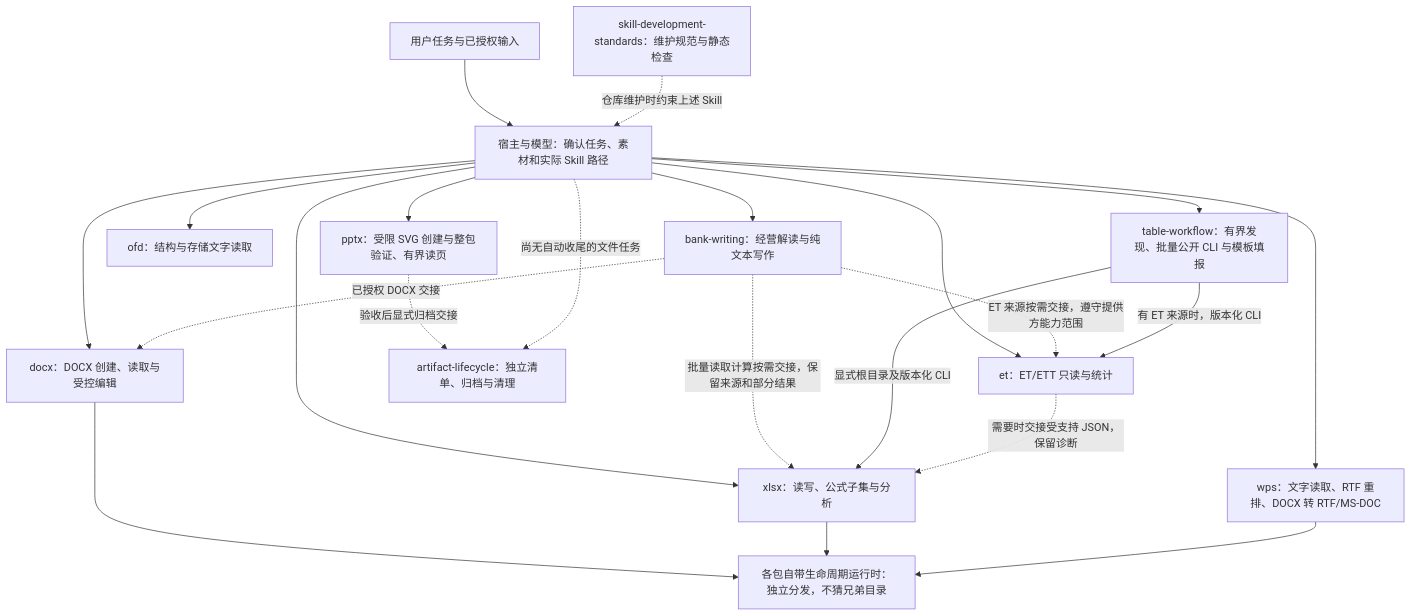
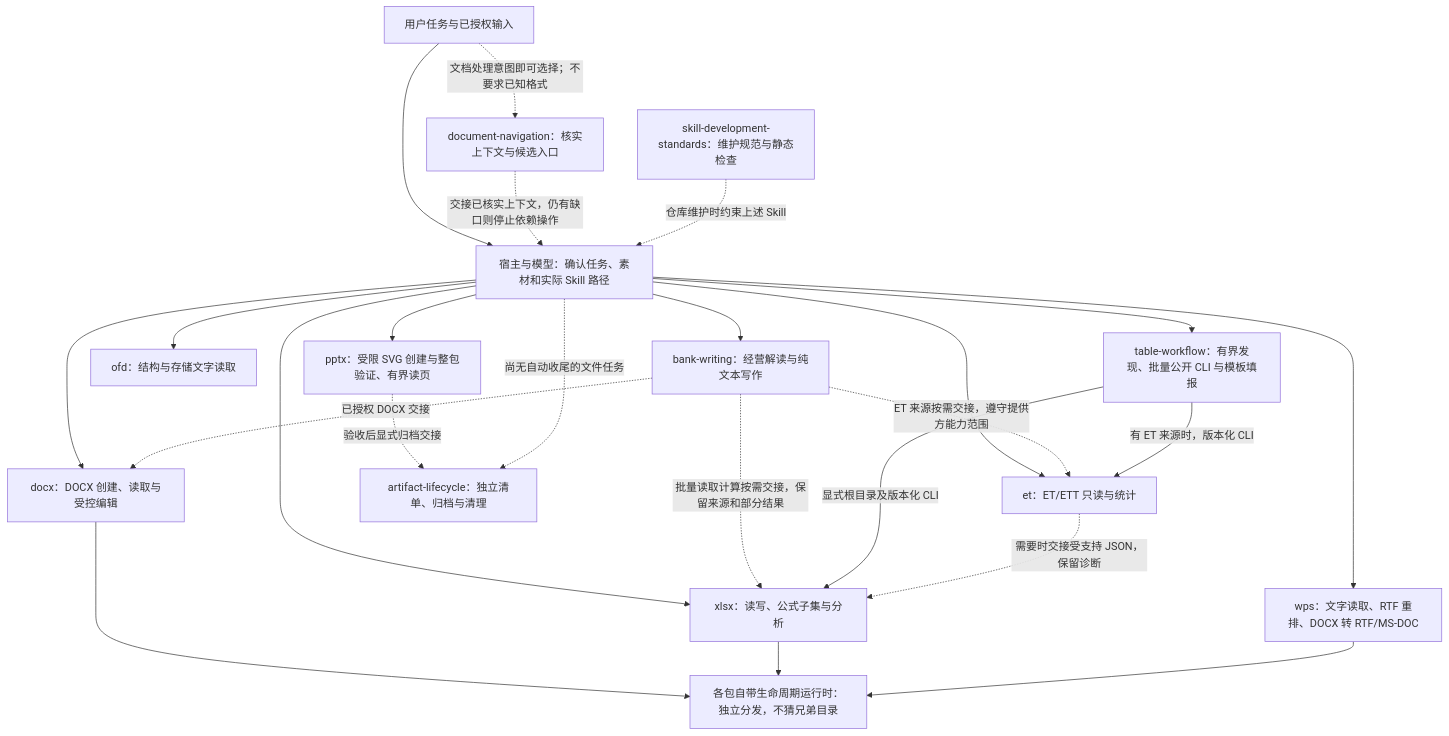
Before and after one commit to JohnParken/PSL-SKILLS: the first of 2 diagrams in docs/README.md, drawn with Mermaid. The commit also changed other lines of this file and 20 other files, not shown here.

First line of the commit message:
feat(skills): add document navigation and refresh integration evidence

````diff
--- a/docs/README.md
+++ b/docs/README.md
@@ -36,24 +41,26 @@
 ```mermaid
 flowchart TB
     U["用户任务与已授权输入"] --> H["宿主与模型：确认任务、素材和实际 Skill 路径"]
+    U -.->|"文档处理意图即可选择；不要求已知格式"| N["document-navigation：核实上下文与候选入口"]
+    N -.->|"交接已核实上下文，仍有缺口则停止依赖操作"| H
     H --> B["bank-writing：经营解读与纯文本写作"]
     H --> D["docx：DOCX 创建、读取与受控编辑"]
     H --> W["wps：文字读取、RTF 重排、DOCX 转 RTF/MS-DOC"]
     H --> X["xlsx：读写、公式子集与分析"]
     H --> E["et：ET/ETT 只读与统计"]
     H --> O["ofd：结构与存储文字读取"]
     H --> P["pptx：受限 SVG 创建与整包验证、有界读页"]
     H --> T["table-workflow：有界发现、批量公开 CLI 与模板填报"]
     B -.->|"已授权 DOCX 交接"| D
     B -.->|"批量读取计算按需交接，保留来源和部分结果"| X
     B -.->|"ET 来源按需交接，遵守提供方能力范围"| E
     T -->|"显式根目录及版本化 CLI"| X
     T -->|"有 ET 来源时，版本化 CLI"| E
     E -.->|"需要时交接受支持 JSON，保留诊断"| X
     P -.->|"验收后显式归档交接"| L["artifact-lifecycle：独立清单、归档与清理"]
     H -.->|"尚无自动收尾的文件任务"| L
     D --> R["各包自带生命周期运行时：独立分发，不猜兄弟目录"]
     X --> R
     W --> R
     S["skill-development-standards：维护规范与静态检查"] -.->|"仓库维护时约束上述 Skill"| H
 ```
````
